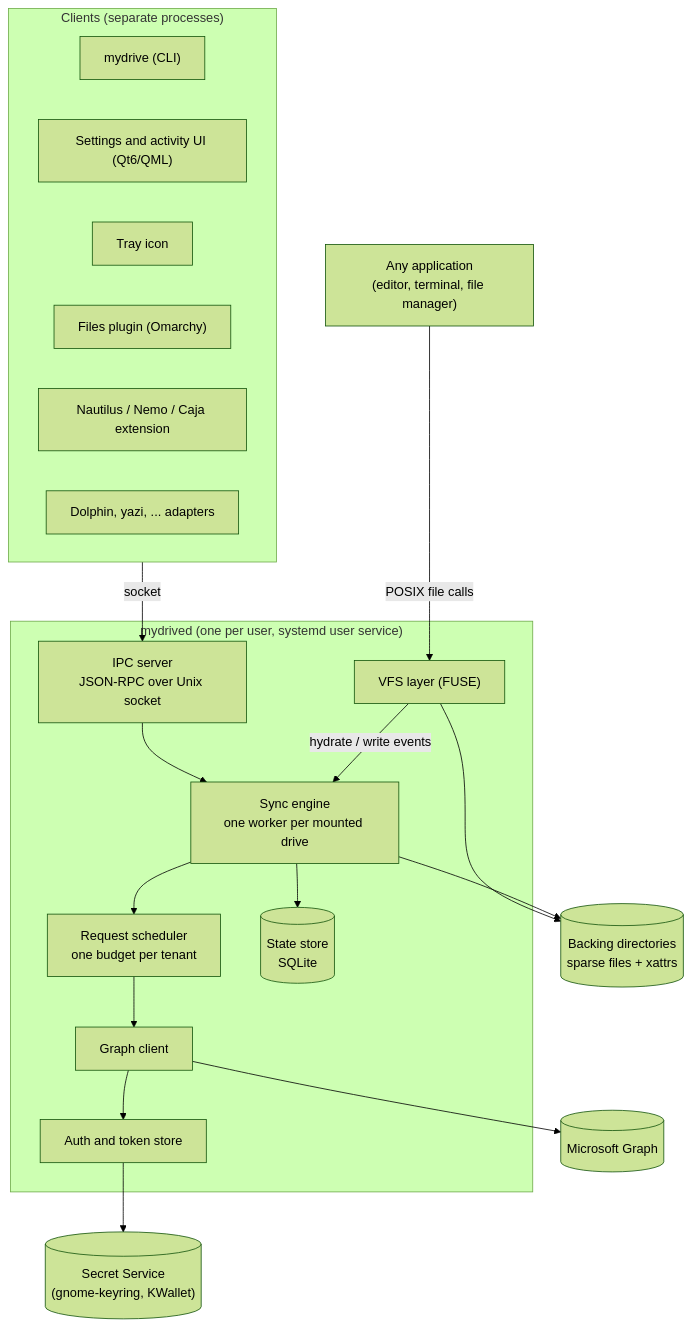
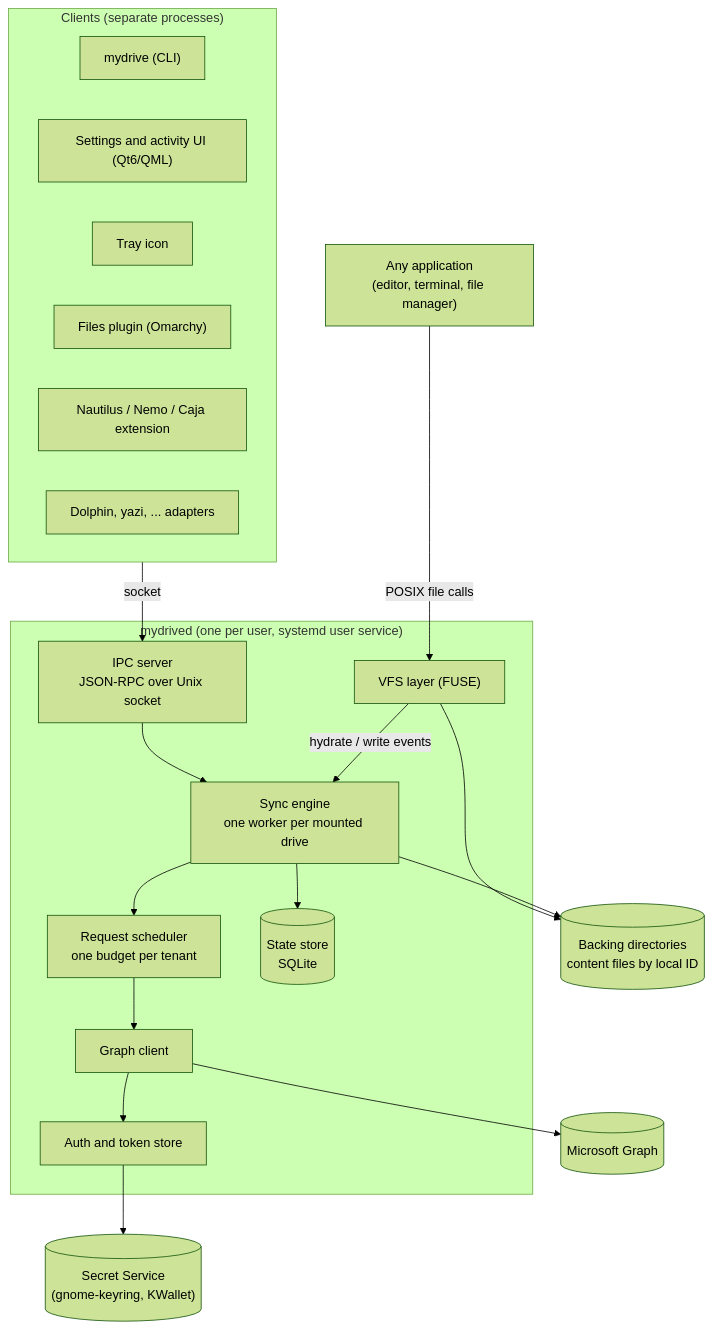
Before and after one commit to paulpitchford/my-drive: the first of 2 diagrams in docs/architecture/overview.md, drawn with Mermaid (forest theme). The commit also changed other lines of this file and 13 other files, not shown here.

````diff
--- a/docs/architecture/overview.md
+++ b/docs/architecture/overview.md
@@ -40,36 +40,36 @@
 ```mermaid
 flowchart TB
     subgraph clients["Clients (separate processes)"]
         cli["mydrive (CLI)"]
         ui["Settings and activity UI (Qt6/QML)"]
         tray["Tray icon"]
         folio["Files plugin (Omarchy)"]
         naut["Nautilus / Nemo / Caja extension"]
         other["Dolphin, yazi, ... adapters"]
     end
 
     subgraph daemon["mydrived (one per user, systemd user service)"]
         ipc["IPC server<br/>JSON-RPC over Unix socket"]
         engine["Sync engine<br/>one worker per mounted drive"]
         sched["Request scheduler<br/>one budget per tenant"]
         vfs["VFS layer (FUSE)"]
         store[("State store<br/>SQLite")]
         graphc["Graph client"]
         auth["Auth and token store"]
     end
 
-    backing[("Backing directories<br/>sparse files + xattrs")]
+    backing[("Backing directories<br/>content files by local ID")]
     keyring[("Secret Service<br/>(gnome-keyring, KWallet)")]
     msgraph[("Microsoft Graph")]
     apps["Any application<br/>(editor, terminal, file manager)"]
 
     clients -->|socket| ipc
     apps -->|POSIX file calls| vfs
     ipc --> engine
     vfs -->|hydrate / write events| engine
     vfs --> backing
     engine --> store
     engine --> backing
     engine --> sched --> graphc --> msgraph
     graphc --> auth --> keyring
 ```
````
